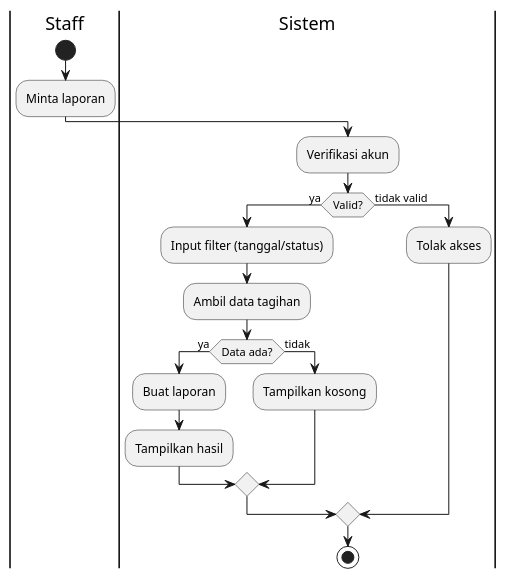
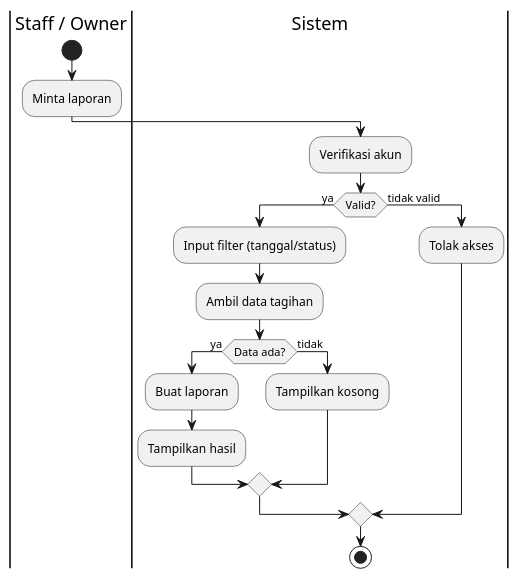
One commit to ahmadyasser72/tem-2 changed the diagram in docs/diagrams/act_report.pu. Above: the diagram before and after it, drawn with PlantUML. The commit also changed 21 other files, not shown here.

Commit message:
fix format, tambah aktor (owner), tambah resolved_by pada tabel complaints, ubah class diagram menggunakan plantuml

```diff
--- a/docs/diagrams/act_report.pu
+++ b/docs/diagrams/act_report.pu
@@ -1,27 +1,27 @@
 @startuml
-|Staff|
+|Staff / Owner|
 start
 :Minta laporan;
 
 |Sistem|
 :Verifikasi akun;
 
 if (Valid?) then (ya)
 
   :Input filter (tanggal/status);
 
   :Ambil data tagihan;
 
   if (Data ada?) then (ya)
     :Buat laporan;
     :Tampilkan hasil;
   else (tidak)
     :Tampilkan kosong;
   endif
 
 else (tidak valid)
   :Tolak akses;
 endif
 
 stop
 @enduml
```
